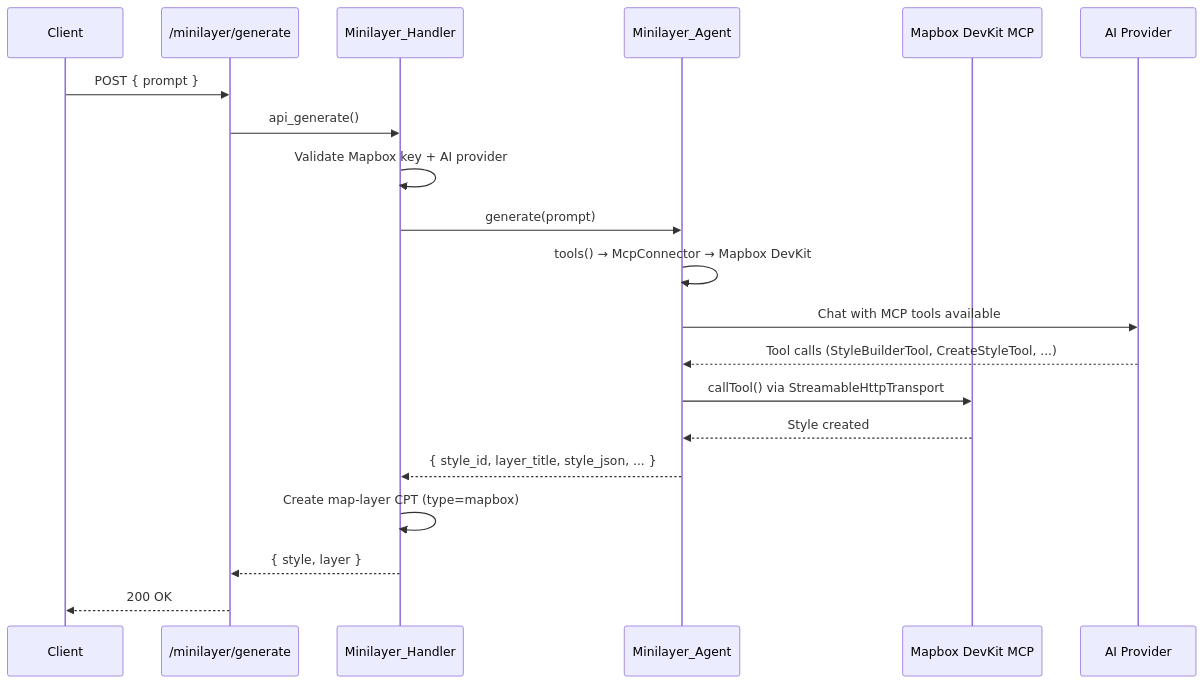
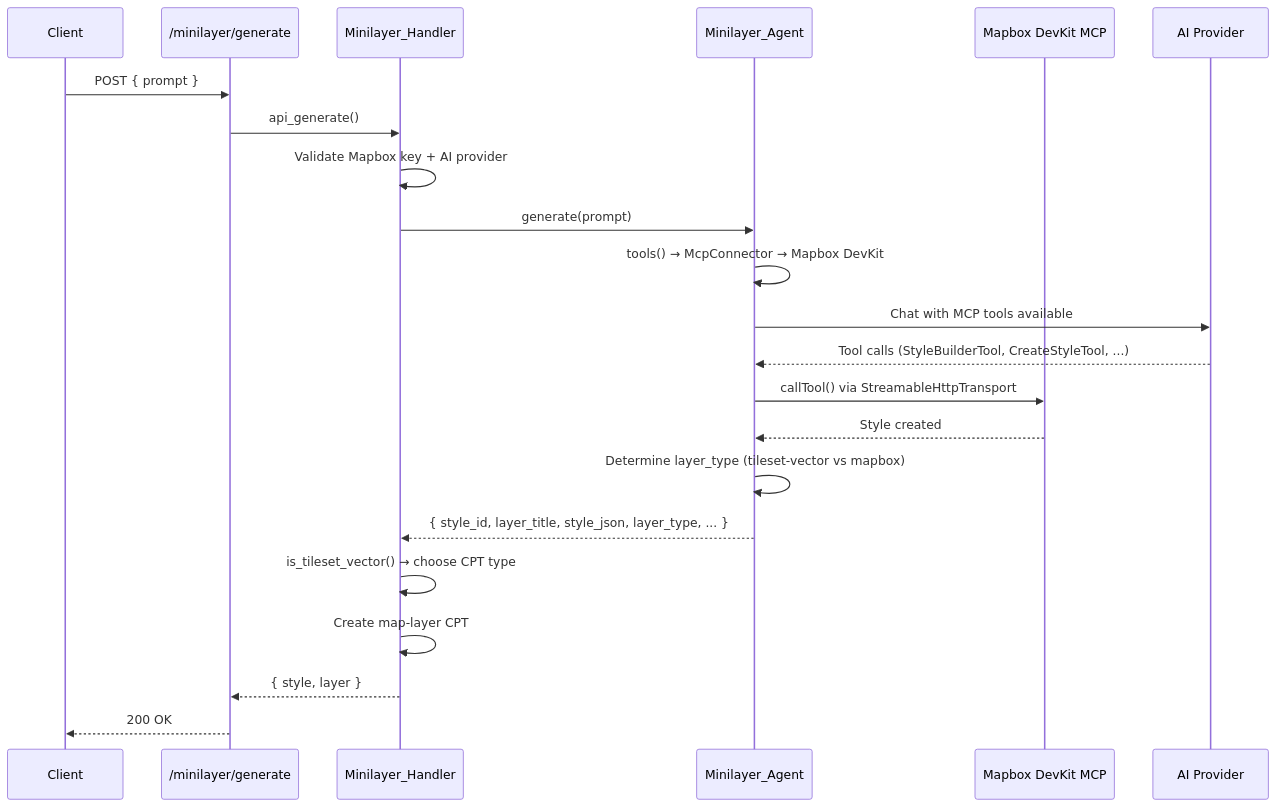
The diagram in .architecture/minilayer/README.md (InfoAmazonia/jeo-plugin), drawn with Mermaid before and after one commit. The commit also changed other lines of this file and 2 other files, not shown here.

````diff
--- a/.architecture/minilayer/README.md
+++ b/.architecture/minilayer/README.md
@@ -14,23 +14,25 @@
 ```mermaid
 sequenceDiagram
     participant Client
     participant REST as /minilayer/generate
     participant H as Minilayer_Handler
     participant A as Minilayer_Agent
     participant MCP as Mapbox DevKit MCP
     participant LLM as AI Provider
 
     Client->>REST: POST { prompt }
     REST->>H: api_generate()
     H->>H: Validate Mapbox key + AI provider
     H->>A: generate(prompt)
     A->>A: tools() → McpConnector → Mapbox DevKit
     A->>LLM: Chat with MCP tools available
     LLM-->>A: Tool calls (StyleBuilderTool, CreateStyleTool, ...)
     A->>MCP: callTool() via StreamableHttpTransport
     MCP-->>A: Style created
-    A-->>H: { style_id, layer_title, style_json, ... }
-    H->>H: Create map-layer CPT (type=mapbox)
+    A->>A: Determine layer_type (tileset-vector vs mapbox)
+    A-->>H: { style_id, layer_title, style_json, layer_type, ... }
+    H->>H: is_tileset_vector() → choose CPT type
+    H->>H: Create map-layer CPT
     H-->>REST: { style, layer }
     REST-->>Client: 200 OK
 ```
````
